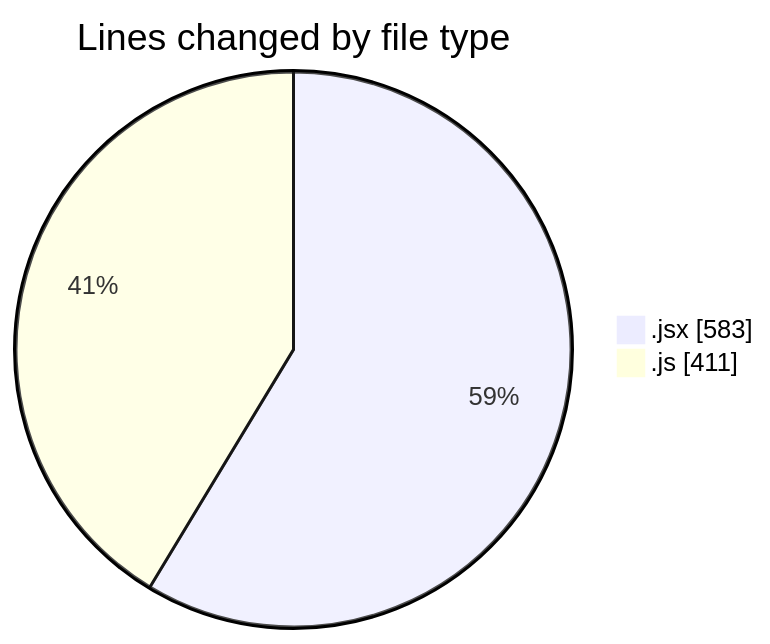
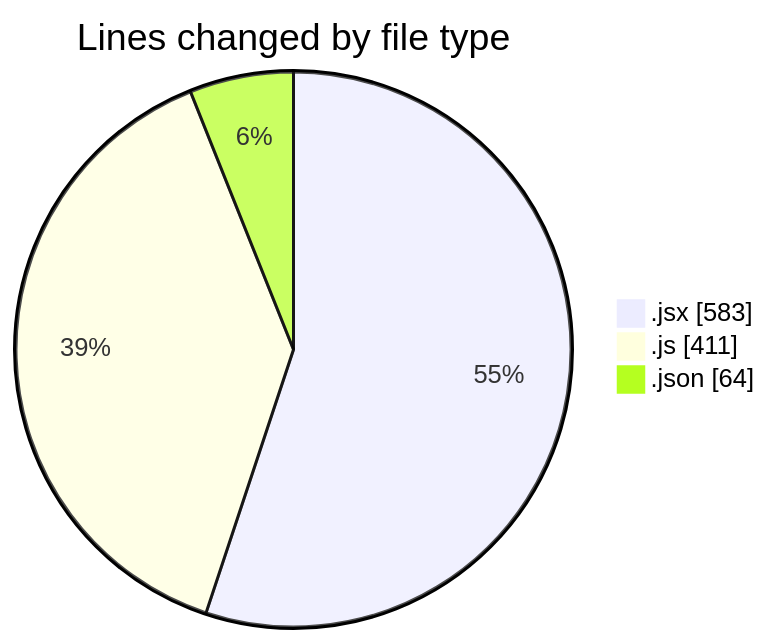
One commit to nxtqubesakshisongat/code-tracking changed the first of 2 diagrams in 2025-11-05/nxtqube_webapp/README.md. Above: the diagram before and after it, drawn with Mermaid. The commit also changed other lines of this file and 1 other file, not shown here.

````diff
--- a/2025-11-05/nxtqube_webapp/README.md
+++ b/2025-11-05/nxtqube_webapp/README.md
@@ -25,6 +26,7 @@
 ```mermaid
 pie showData
 title Lines changed by file type
 ".jsx" : 583
 ".js" : 411
+".json" : 64
 ```
````
